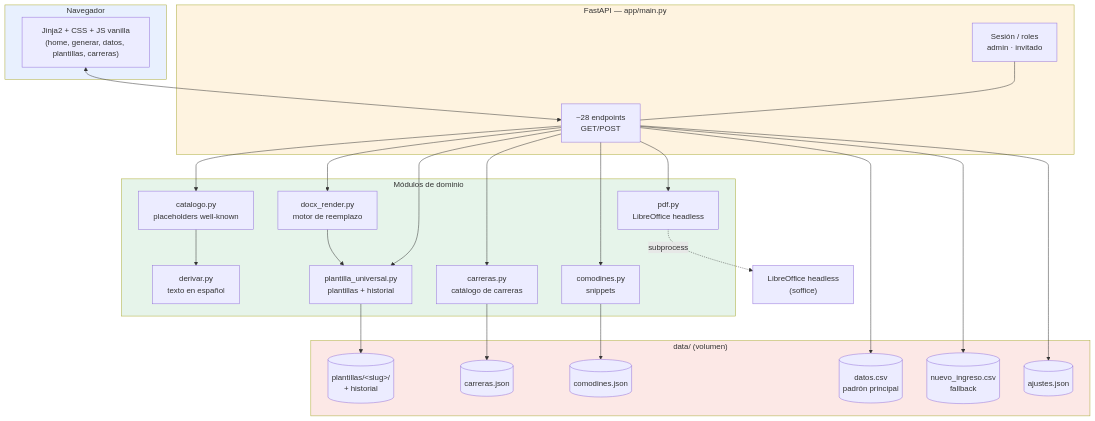
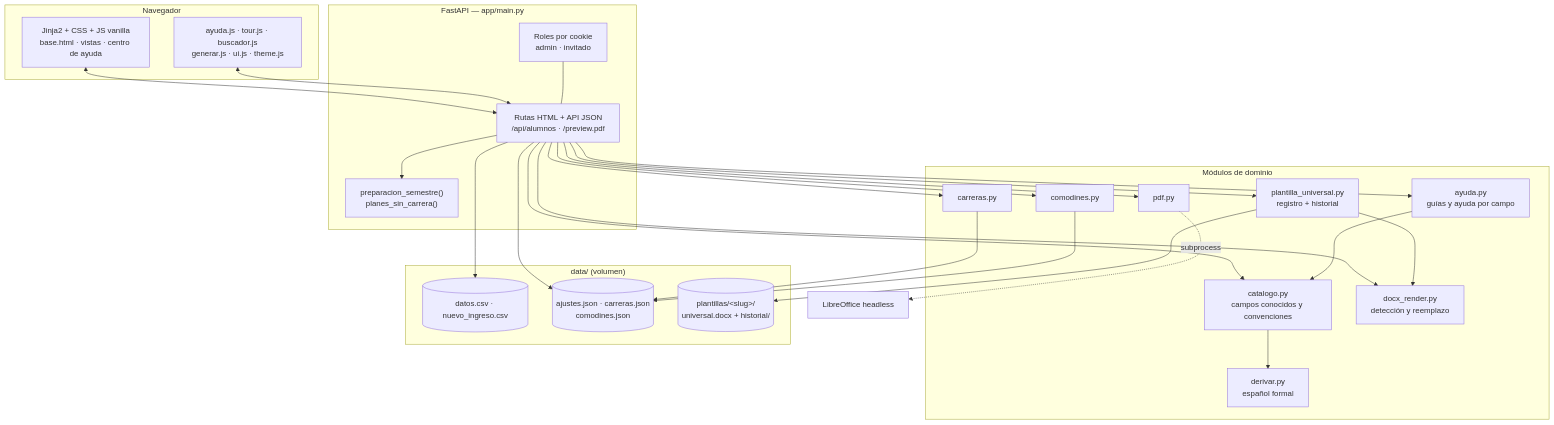
One commit to iamHN3Y/constancias-uaem-tianguistenco changed the first of 4 diagrams in docs/TECNICA.md. Above: the diagram before and after it, drawn with Mermaid. The commit also changed other lines of this file and 14 other files, not shown here.

````diff
--- a/docs/TECNICA.md
+++ b/docs/TECNICA.md
@@ -17,54 +71,47 @@
 ```mermaid
 graph TB
     subgraph Cliente["Navegador"]
-        UI["Jinja2 + CSS + JS vanilla<br/>(home, generar, datos, plantillas, carreras)"]
+        UI["Jinja2 + CSS + JS vanilla<br/>base.html · vistas · centro de ayuda"]
+        JS["ayuda.js · tour.js · buscador.js<br/>generar.js · ui.js · theme.js"]
     end
 
     subgraph Servidor["FastAPI — app/main.py"]
-        Auth["Sesión / roles<br/>admin · invitado"]
-        Endpoints["~28 endpoints<br/>GET/POST"]
+        Auth["Roles por cookie<br/>admin · invitado"]
+        Rutas["Rutas HTML + API JSON<br/>/api/alumnos · /preview.pdf"]
+        Prep["preparacion_semestre()<br/>planes_sin_carrera()"]
     end
 
-    subgraph Modulos["Módulos de dominio"]
-        Catalogo["catalogo.py<br/>placeholders well-known"]
-        Derivar["derivar.py<br/>texto en español"]
-        DocxRender["docx_render.py<br/>motor de reemplazo"]
-        PlantillaU["plantilla_universal.py<br/>plantillas + historial"]
-        Carreras["carreras.py<br/>catálogo de carreras"]
-        Comodines["comodines.py<br/>snippets"]
-        Pdf["pdf.py<br/>LibreOffice headless"]
+    subgraph Dominio["Módulos de dominio"]
+        Catalogo["catalogo.py<br/>campos conocidos y convenciones"]
+        Derivar["derivar.py<br/>español formal"]
+        Render["docx_render.py<br/>detección y reemplazo"]
+        Plantillas["plantilla_universal.py<br/>registro + historial"]
+        Carreras["carreras.py"]
+        Comodines["comodines.py"]
+        Ayuda["ayuda.py<br/>guías y ayuda por campo"]
+        Pdf["pdf.py"]
     end
 
     subgraph Datos["data/ (volumen)"]
-        DatosCsv[("datos.csv<br/>padrón principal")]
-        NiCsv[("nuevo_ingreso.csv<br/>fallback")]
-        Carrerasjson[("carreras.json")]
-        Ajustesjson[("ajustes.json")]
-        Plantillas[("plantillas/&lt;slug&gt;/<br/>+ historial")]
-        Comodinesjson[("comodines.json")]
+        CSV[("datos.csv · nuevo_ingreso.csv")]
+        JSON[("ajustes.json · carreras.json<br/>comodines.json")]
+        DOCX[("plantillas/&lt;slug&gt;/<br/>universal.docx + historial/")]
     end
 
-    UI <--> Endpoints
-    Auth --- Endpoints
-    Endpoints --> Catalogo
-    Endpoints --> DocxRender
-    Endpoints --> PlantillaU
-    Endpoints --> Carreras
-    Endpoints --> Comodines
-    Endpoints --> Pdf
-    Catalogo --> Derivar
-    DocxRender --> PlantillaU
-
-    Endpoints --> DatosCsv
-    Endpoints --> NiCsv
-    Carreras --> Carrerasjson
-    Endpoints --> Ajustesjson
-    PlantillaU --> Plantillas
-    Comodines --> Comodinesjson
-    Pdf -.subprocess.-> LibreOffice["LibreOffice headless<br/>(soffice)"]
-
-    style Cliente fill:#e8f0fe
-    style Servidor fill:#fef3e0
-    style Modulos fill:#e6f4ea
-    style Datos fill:#fce8e6
+    UI <--> Rutas
+    JS <--> Rutas
+    Auth --- Rutas
+    Rutas --> Catalogo --> Derivar
+    Rutas --> Render
+    Rutas --> Plantillas --> Render
+    Rutas --> Carreras
+    Rutas --> Comodines
+    Rutas --> Ayuda --> Catalogo
+    Rutas --> Prep
+    Rutas --> Pdf -.subprocess.-> LO["LibreOffice headless"]
+    Rutas --> CSV
+    Rutas --> JSON
+    Carreras --> JSON
+    Comodines --> JSON
+    Plantillas --> DOCX
 ```
````
